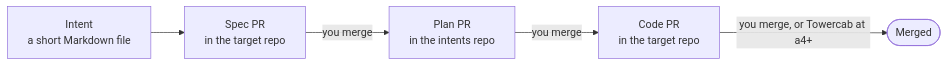
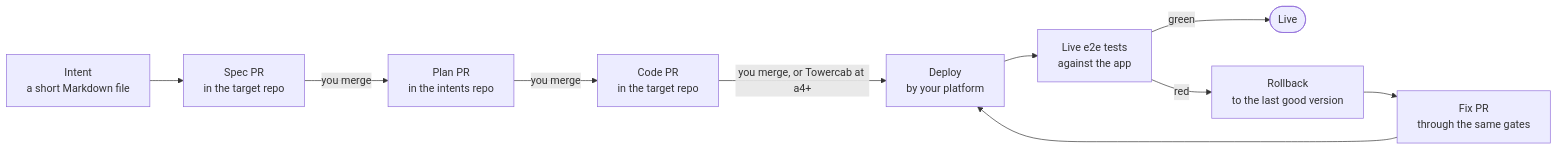
The diagram in README.md (MajidBabaeifar/towercab), drawn with Mermaid before and after one commit. The commit also changed other lines of this file and 5 other files, not shown here.

````diff
--- a/README.md
+++ b/README.md
@@ -52,7 +56,12 @@
 ```mermaid
 flowchart LR
   I["Intent<br/>a short Markdown file"] --> S["Spec PR<br/>in the target repo"]
   S -- "you merge" --> P["Plan PR<br/>in the intents repo"]
   P -- "you merge" --> C["Code PR<br/>in the target repo"]
-  C -- "you merge, or Towercab at a4+" --> M(["Merged"])
+  C -- "you merge, or Towercab at a4+" --> D["Deploy<br/>by your platform"]
+  D --> E["Live e2e tests<br/>against the app"]
+  E -- "green" --> L(["Live"])
+  E -- "red" --> R["Rollback<br/>to the last good version"]
+  R --> F["Fix PR<br/>through the same gates"]
+  F --> D
 ```
````
